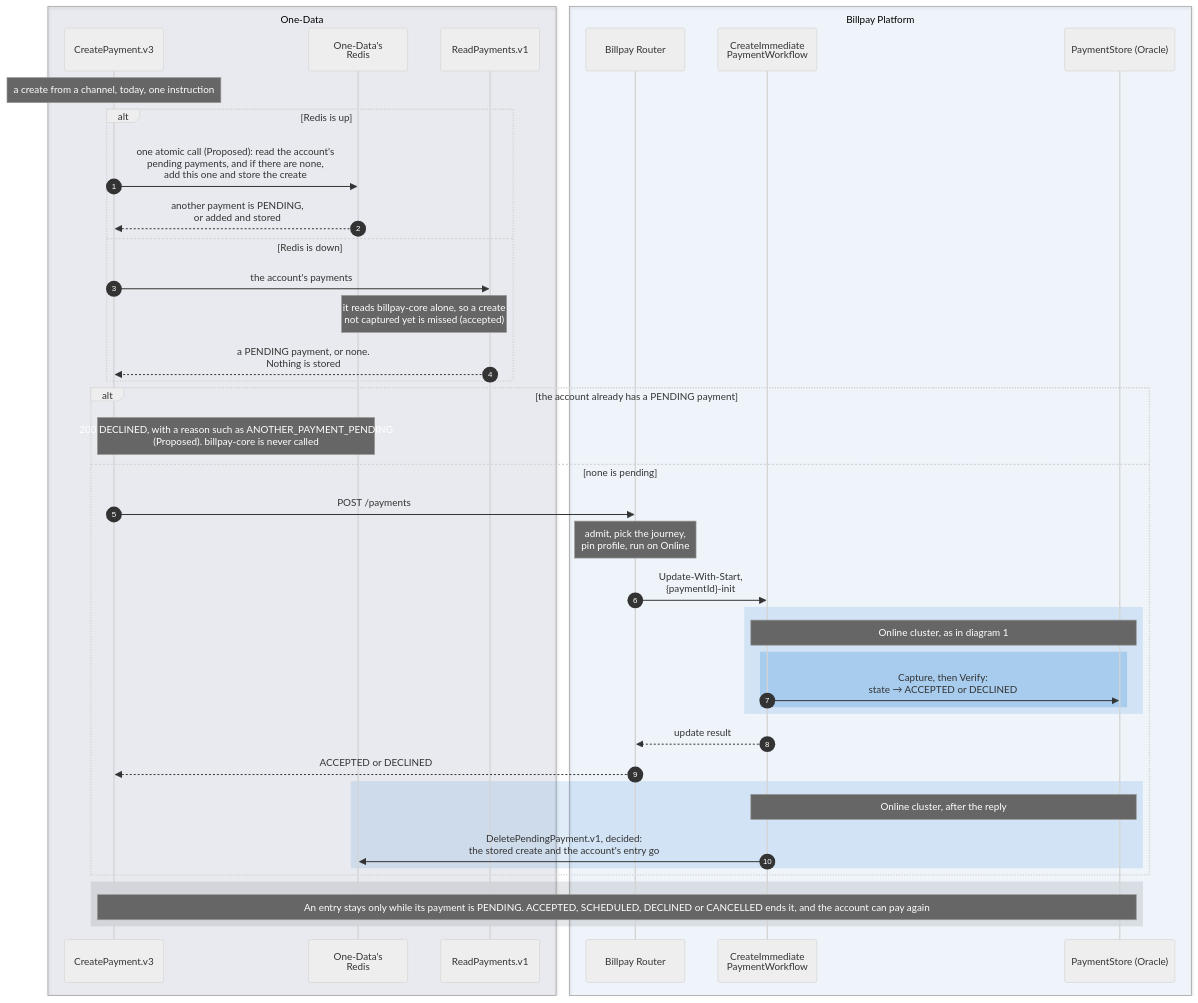
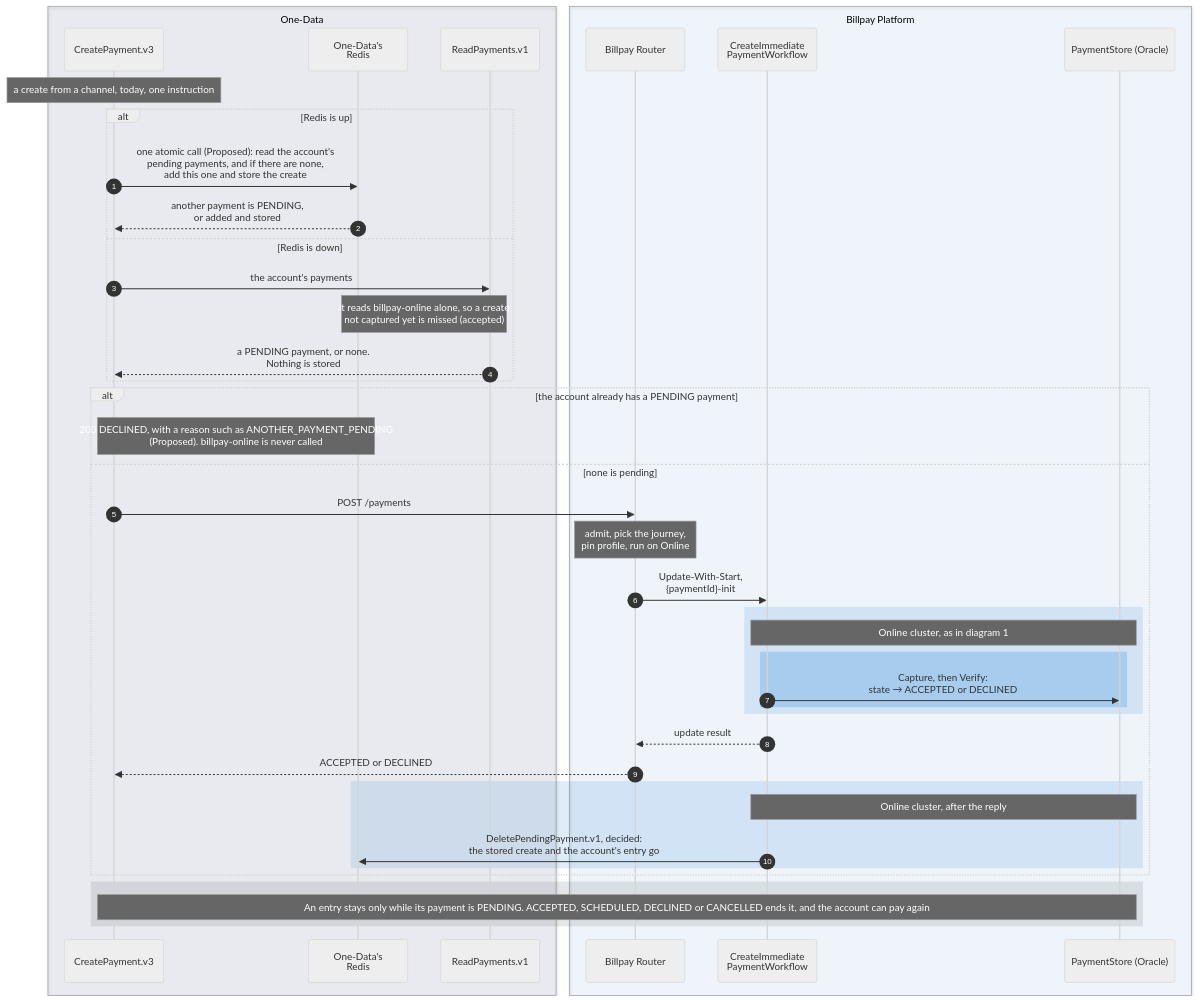
Before and after one commit to arunav-bhattacharya/billpay-book: diagram 15 of 16 in website/docs/design/sequence-diagrams.md, drawn with Mermaid (neutral theme). The commit also changed other lines of this file and 70 other files, not shown here.

````diff
--- a/website/docs/design/sequence-diagrams.md
+++ b/website/docs/design/sequence-diagrams.md
@@ -968,56 +968,56 @@
 ```mermaid
 ---
 config:
   fontFamily: "BentonSansUI, Helvetica, Arial, sans-serif"
   fontSize: 15
 ---
 sequenceDiagram
   autonumber
 
   box rgba(0,23,90,0.07) One-Data
     participant OD as CreatePayment.v3
     participant RD as One-Data's<br/>Redis
     participant RP as ReadPayments.v1
   end
 
   box rgba(0,111,207,0.05) Billpay Platform
     participant R as Billpay Router
     participant WF as CreateImmediate<br/>PaymentWorkflow
     participant PS as PaymentStore (Oracle)
   end
 
   Note over OD: a create from a channel, today, one instruction
 
   alt Redis is up
     OD->>RD: one atomic call (Proposed): read the account's<br/>pending payments, and if there are none,<br/>add this one and store the create
     RD-->>OD: another payment is PENDING,<br/>or added and stored
   else Redis is down
     OD->>RP: the account's payments
-    Note over RD,RP: it reads billpay-core alone, so a create<br/>not captured yet is missed (accepted)
+    Note over RD,RP: it reads billpay-online alone, so a create<br/>not captured yet is missed (accepted)
     RP-->>OD: a PENDING payment, or none.<br/>Nothing is stored
   end
 
   alt the account already has a PENDING payment
-    Note over OD,RD: 200 DECLINED, with a reason such as ANOTHER_PAYMENT_PENDING<br/>(Proposed). billpay-core is never called
+    Note over OD,RD: 200 DECLINED, with a reason such as ANOTHER_PAYMENT_PENDING<br/>(Proposed). billpay-online is never called
   else none is pending
     OD->>R: POST /payments
     Note over R: admit, pick the journey,<br/>pin profile, run on Online
     R->>WF: Update-With-Start,<br/>{paymentId}-init
     rect rgba(0,111,207,0.12)
       Note over WF,PS: Online cluster, as in diagram 1
       rect rgba(102,169,226,0.40)
         WF->>PS: Capture, then Verify:<br/>state → ACCEPTED or DECLINED
       end
     end
     WF-->>R: update result
     R-->>OD: ACCEPTED or DECLINED
     rect rgba(0,111,207,0.12)
       Note over WF,PS: Online cluster, after the reply
       WF->>RD: DeletePendingPayment.v1, decided:<br/>the stored create and the account's entry go
     end
   end
 
   rect rgba(83,86,90,0.14)
     Note over OD,PS: An entry stays only while its payment is PENDING. ACCEPTED, SCHEDULED, DECLINED or CANCELLED ends it, and the account can pay again
   end
 ```
````
